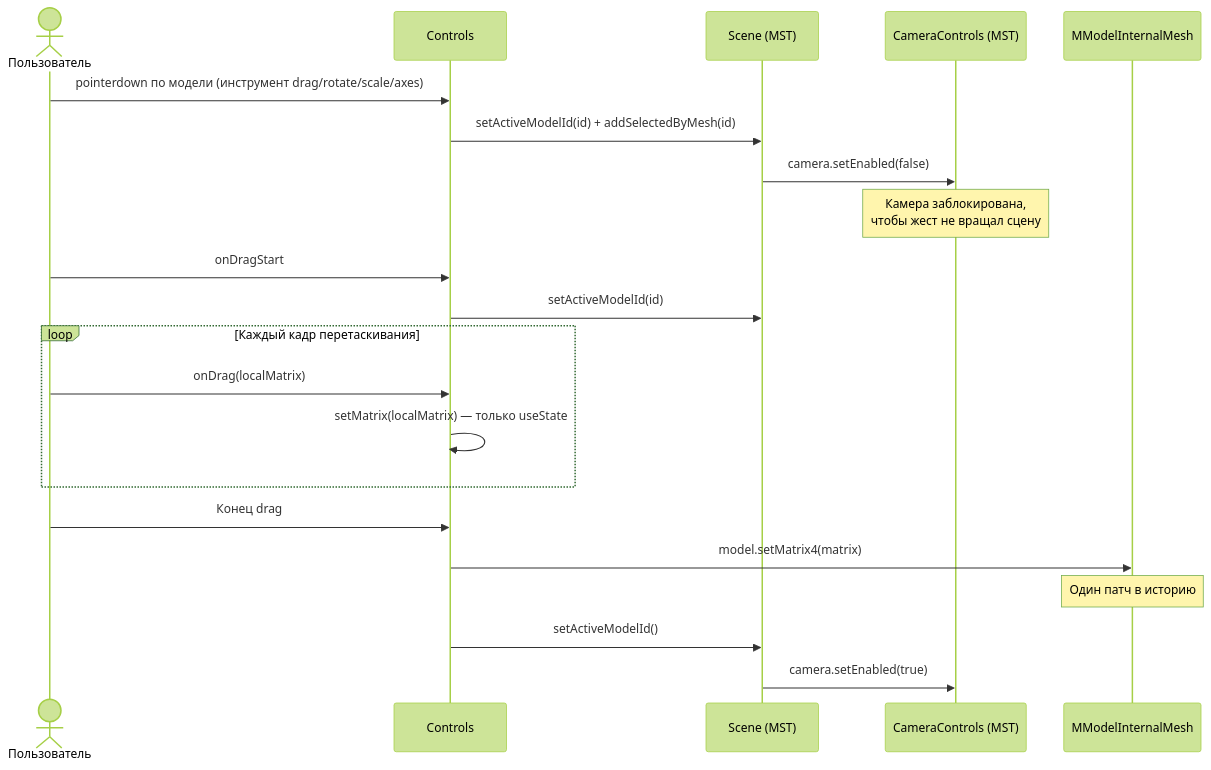
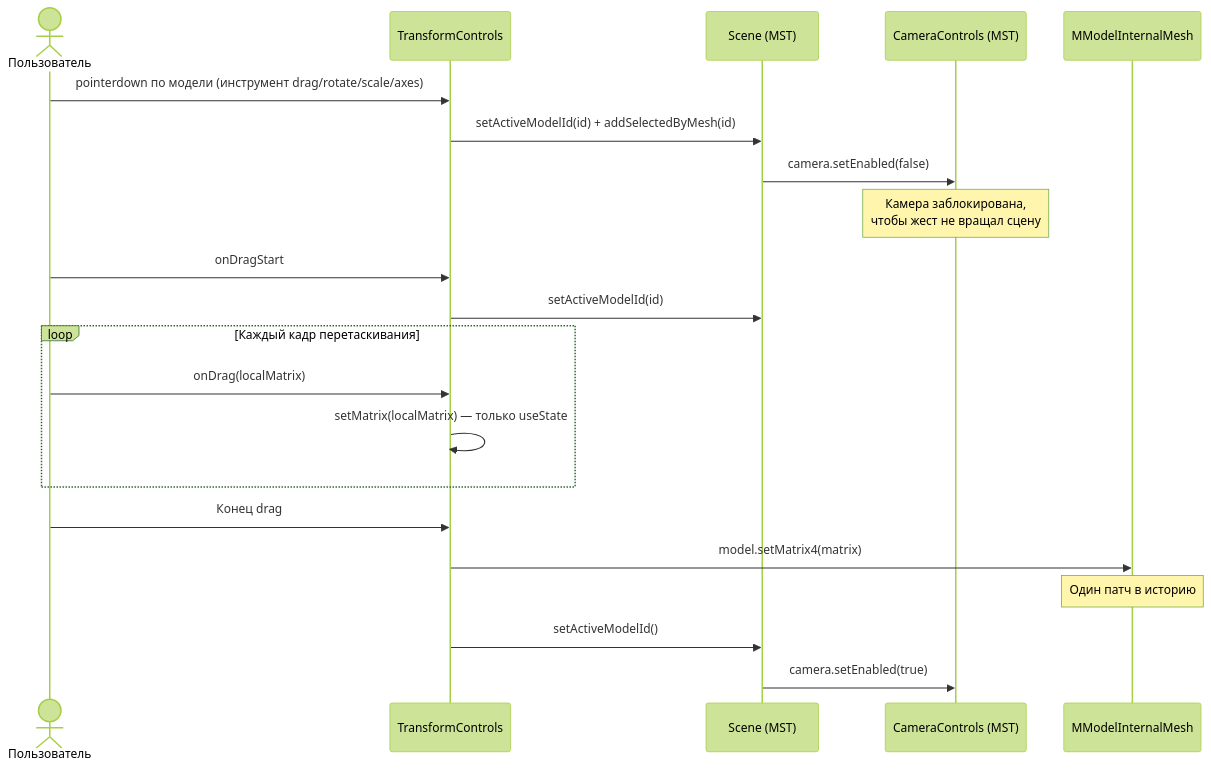
The fourth of 6 diagrams in docs/12-data-flow.md (Nikita-Ardashev/dnd-frontend), drawn with Mermaid (forest theme) before and after one commit. The commit also changed other lines of this file and 185 other files, not shown here.

````diff
--- a/docs/12-data-flow.md
+++ b/docs/12-data-flow.md
@@ -90,26 +90,26 @@
 ```mermaid
 sequenceDiagram
     actor U as Пользователь
-    participant CT as Controls
+    participant CT as TransformControls
     participant SC as Scene (MST)
     participant CAM as CameraControls (MST)
     participant M as MModelInternalMesh
 
     U->>CT: pointerdown по модели (инструмент drag/rotate/scale/axes)
     CT->>SC: setActiveModelId(id) + addSelectedByMesh(id)
     SC->>CAM: camera.setEnabled(false)
     Note over CAM: Камера заблокирована,<br/>чтобы жест не вращал сцену
     U->>CT: onDragStart
     CT->>SC: setActiveModelId(id)
 
     loop Каждый кадр перетаскивания
         U->>CT: onDrag(localMatrix)
         CT->>CT: setMatrix(localMatrix) — только useState
     end
 
     U->>CT: Конец drag
     CT->>M: model.setMatrix4(matrix)
     Note over M: Один патч в историю
     CT->>SC: setActiveModelId()
     SC->>CAM: camera.setEnabled(true)
 ```
````
